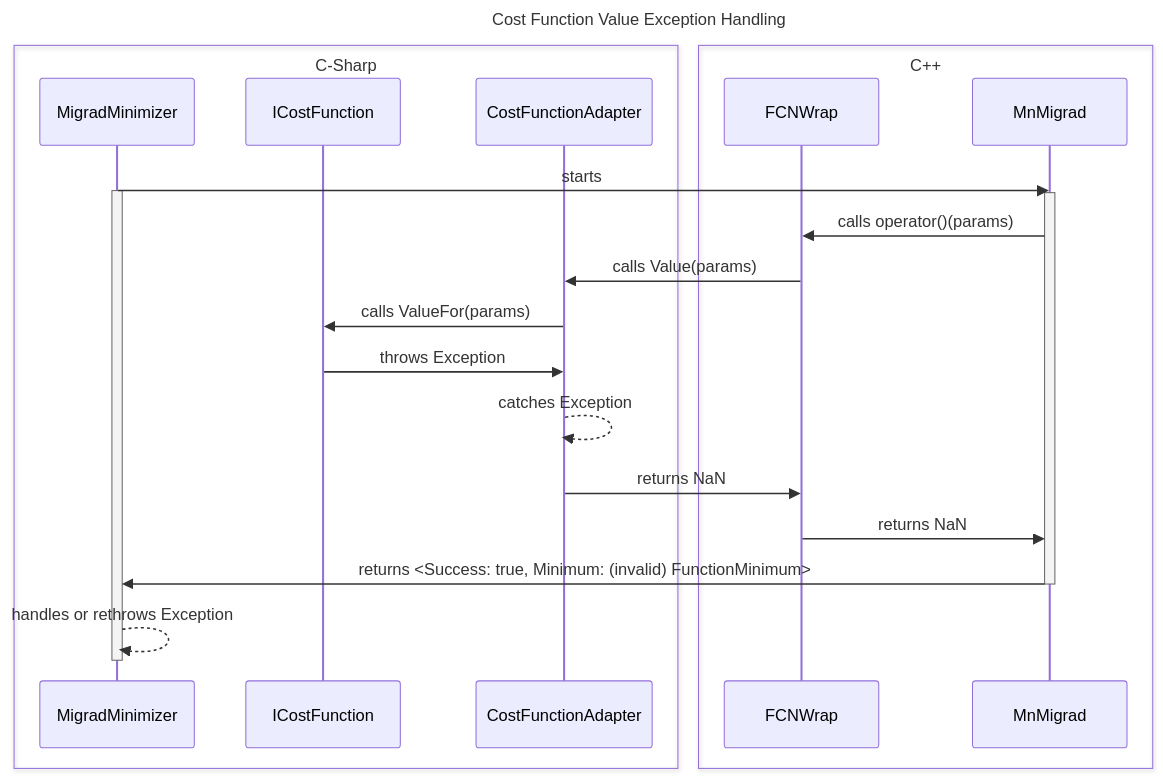
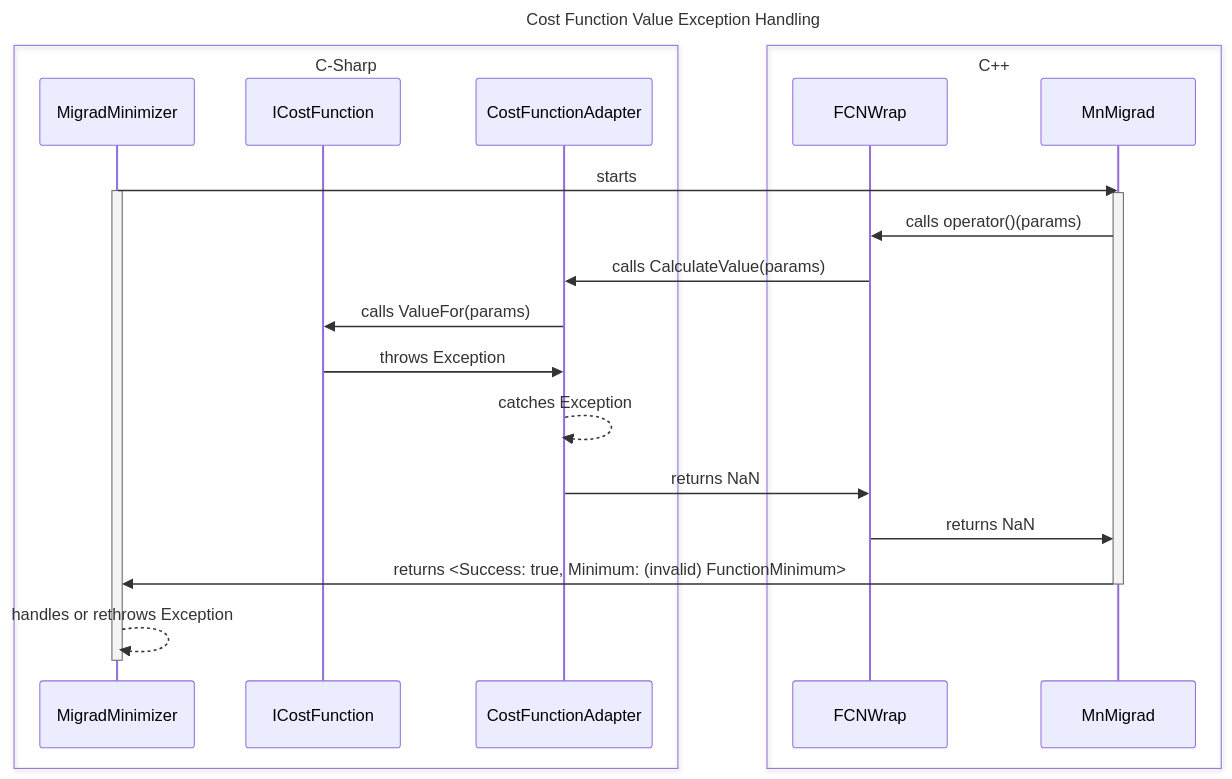
One commit to bruker-biosensors/minuit2.net changed the first of 2 diagrams in minuit2.wrap/README.md. Above: the diagram before and after it, drawn with Mermaid. The commit also changed other lines of this file, not shown here.

````diff
--- a/minuit2.wrap/README.md
+++ b/minuit2.wrap/README.md
@@ -42,31 +42,31 @@
 ``` mermaid
 sequenceDiagram
 
 title Cost Function Value Exception Handling
 
 box C-Sharp
     participant MigradMinimizer
     participant ICostFunction
     participant CostFunctionAdapter
     end
 
 box C++
     participant FCNWrap
     participant MnMigrad
     end
 
     MigradMinimizer ->> MnMigrad: starts
     activate MigradMinimizer
     activate MnMigrad
     MnMigrad ->> FCNWrap: calls operator()(params)
-    FCNWrap ->> CostFunctionAdapter: calls Value(params)
+    FCNWrap ->> CostFunctionAdapter: calls CalculateValue(params)
     CostFunctionAdapter ->> ICostFunction: calls ValueFor(params)
     ICostFunction ->> CostFunctionAdapter: throws Exception
     CostFunctionAdapter -->> CostFunctionAdapter: catches Exception
     CostFunctionAdapter ->> FCNWrap: returns NaN
     FCNWrap ->> MnMigrad: returns NaN
     MnMigrad ->> MigradMinimizer: returns <Success: true, Minimum: (invalid) FunctionMinimum>
     deactivate MnMigrad
     MigradMinimizer -->> MigradMinimizer: handles or rethrows Exception
     deactivate MigradMinimizer
 ```
````
